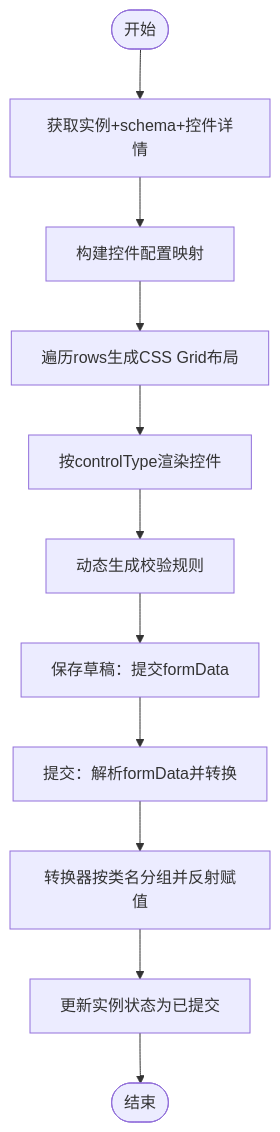
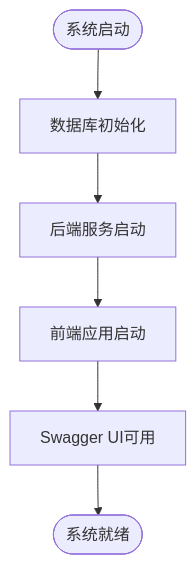
One commit to NJMrLi/genetics changed the first of 3 diagrams in .qoder/repowiki/zh/content/项目概述.md. Above: the diagram before and after it, drawn with Mermaid. The commit also changed other lines of this file and 152 other files, not shown here.

````diff
--- a/.qoder/repowiki/zh/content/项目概述.md
+++ b/.qoder/repowiki/zh/content/项目概述.md
@@ -222,13 +302,8 @@
 ```mermaid
 flowchart TD
-Start(["开始"]) --> Fetch["获取实例+schema+控件详情"]
-Fetch --> BuildMap["构建控件配置映射"]
-BuildMap --> RenderGrid["遍历rows生成CSS Grid布局"]
-RenderGrid --> RenderControls["按controlType渲染控件"]
-RenderControls --> Validate["动态生成校验规则"]
-Validate --> SaveDraft["保存草稿：提交formData"]
-SaveDraft --> Submit["提交：解析formData并转换"]
-Submit --> Convert["转换器按类名分组并反射赋值"]
-Convert --> UpdateStatus["更新实例状态为已提交"]
-UpdateStatus --> End(["结束"])
+Start(["系统启动"]) --> DBInit["数据库初始化"]
+DBInit --> Backend["后端服务启动"]
+Backend --> Frontend["前端应用启动"]
+Frontend --> Swagger["Swagger UI可用"]
+Swagger --> Ready(["系统就绪"])
 ```
````
